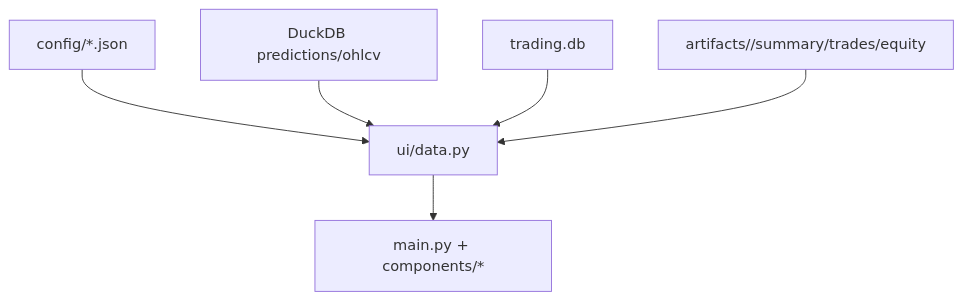
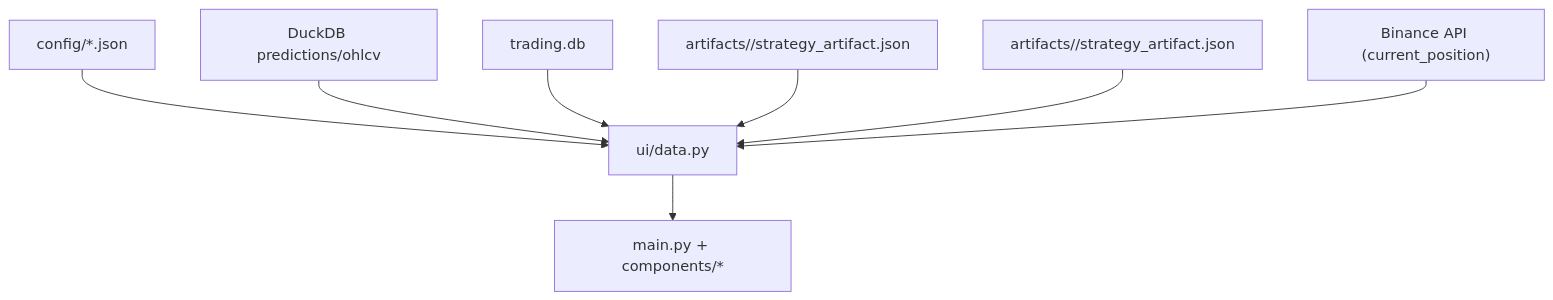
The diagram in _doc_/database_and_code_doc/8120_ui_data.md (Nemesis14/chronoquant), drawn with Mermaid before and after one commit. The commit also changed other lines of this file and 837 other files, not shown here.

````diff
--- a/_doc_/database_and_code_doc/8120_ui_data.md
+++ b/_doc_/database_and_code_doc/8120_ui_data.md
@@ -16,8 +16,10 @@
 ```mermaid
 flowchart TD
   CFG["config/*.json"] --> DATA["ui/data.py"]
   DB["DuckDB predictions/ohlcv"] --> DATA
   TDB["trading.db"] --> DATA
-  ART["artifacts/<session>/summary/trades/equity"] --> DATA
+  ART_L["artifacts/<long_session>/strategy_artifact.json"] --> DATA
+  ART_S["artifacts/<short_session>/strategy_artifact.json"] --> DATA
+  BIN["Binance API (current_position)"] --> DATA
   DATA --> UI["main.py + components/*"]
 ```
````
